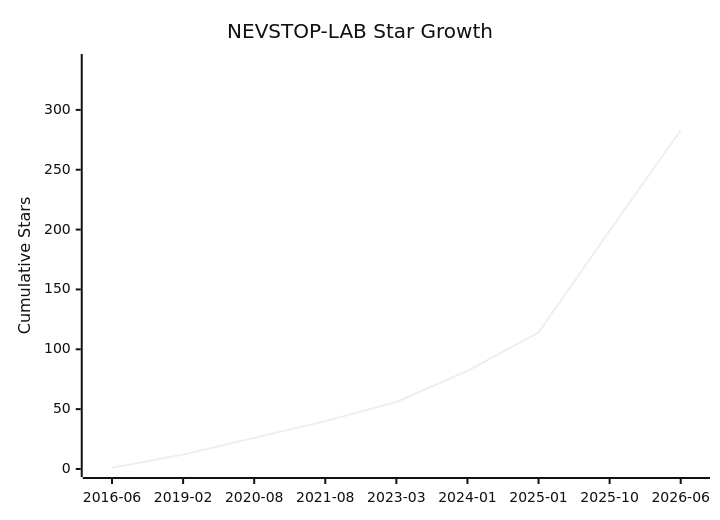
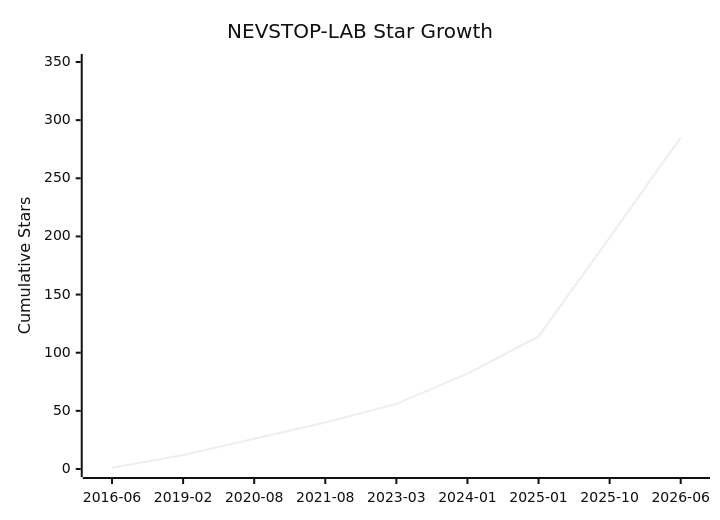
Before and after one commit to NEVSTOP-LAB/.github: the diagram in Star-History.md, drawn with Mermaid (neutral theme). The commit also changed other lines of this file and 2 other files, not shown here.

````diff
--- a/Star-History.md
+++ b/Star-History.md
@@ -8,7 +8,7 @@
 ```mermaid
 xychart-beta
     title "NEVSTOP-LAB Star Growth"
     x-axis ["2016-06", "2019-02", "2020-08", "2021-08", "2023-03", "2024-01", "2025-01", "2025-10", "2026-06"]
-    y-axis "Cumulative Stars" 0 --> 340
-    line [1, 12, 26, 40, 56, 82, 114, 199, 283]
+    y-axis "Cumulative Stars" 0 --> 350
+    line [1, 12, 26, 40, 56, 82, 114, 199, 285]
 ```
````
